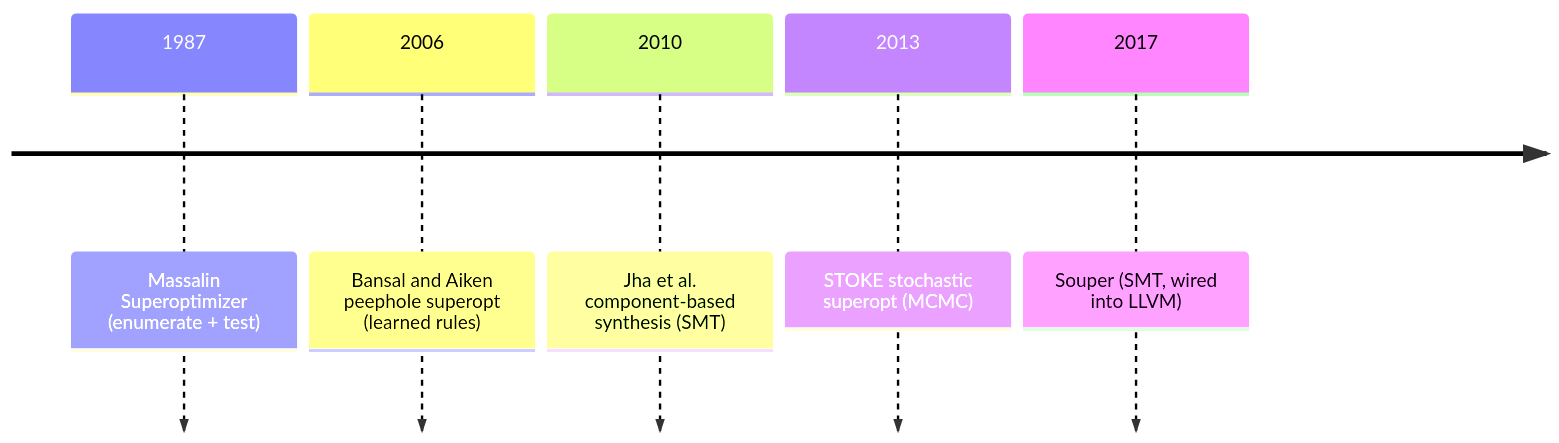
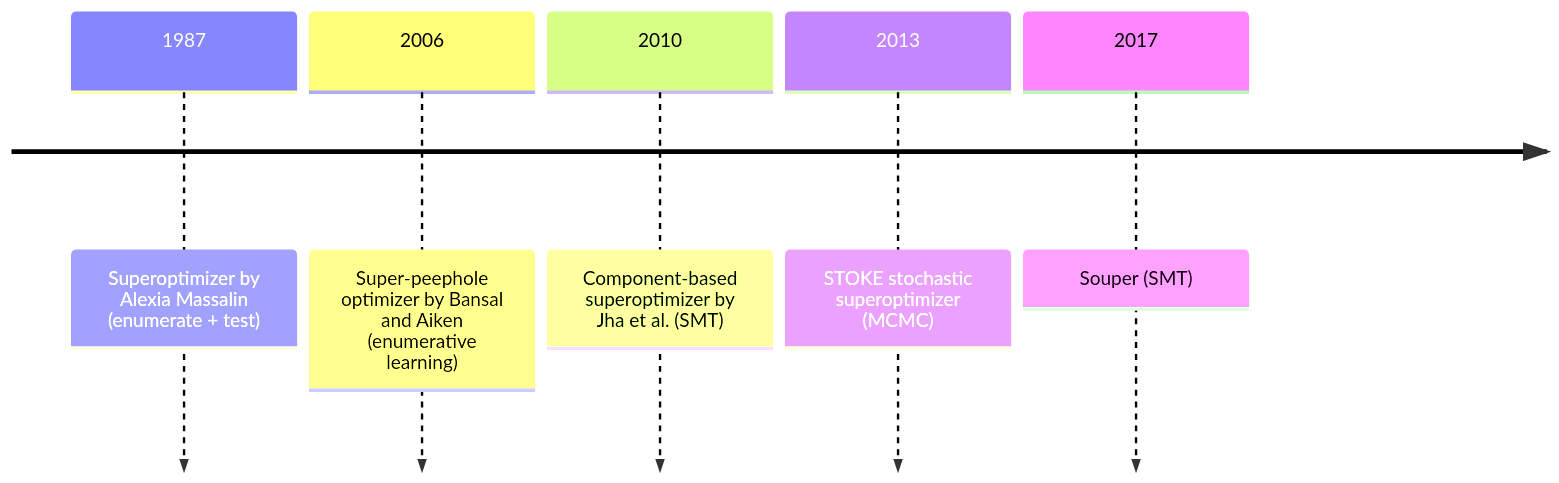
One commit to smiles0527/superopt changed the diagram in docs/notes/theory/00-superoptimization.md. Above: the diagram before and after it, drawn with Mermaid. The commit also changed other lines of this file and 7 other files, not shown here.

````diff
--- a/docs/notes/theory/00-superoptimization.md
+++ b/docs/notes/theory/00-superoptimization.md
@@ -35,10 +24,10 @@
 ```mermaid
 timeline
-    accTitle: Superoptimization milestones
-    accDescr: A chronological view of key superoptimization systems from 1987 to the late 2010s, showing the shift from test-based enumeration toward formal and stochastic methods.
-    1987 : Massalin Superoptimizer (enumerate + test)
-    2006 : Bansal and Aiken peephole superopt (learned rules)
-    2010 : Jha et al. component-based synthesis (SMT)
-    2013 : STOKE stochastic superopt (MCMC)
-    2017 : Souper (SMT, wired into LLVM)
+    accTitle: Superoptimization Milestones
+    accDescr: Chronology of notable superoptimization techniques from 1987 until late 2010s, highlighting the evolution from testing-based enumeration towards formal proofs and stochastic approaches.
+    1987 : Superoptimizer by Alexia Massalin (enumerate + test)
+    2006 : Super-peephole optimizer by Bansal and Aiken (enumerative learning)
+    2010 : Component-based superoptimizer by Jha et al. (SMT)
+    2013 : STOKE stochastic superoptimizer (MCMC)
+    2017 : Souper (SMT)
 ```
````
